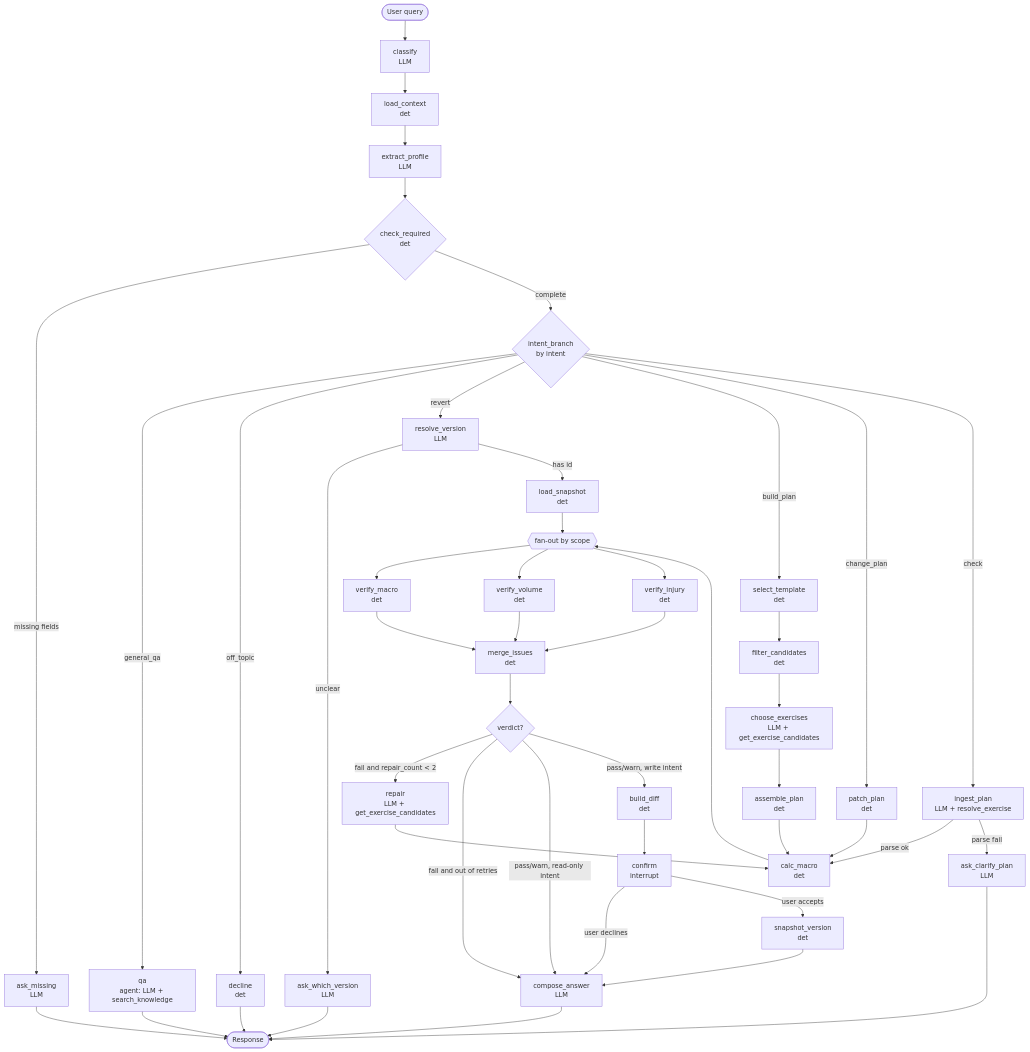
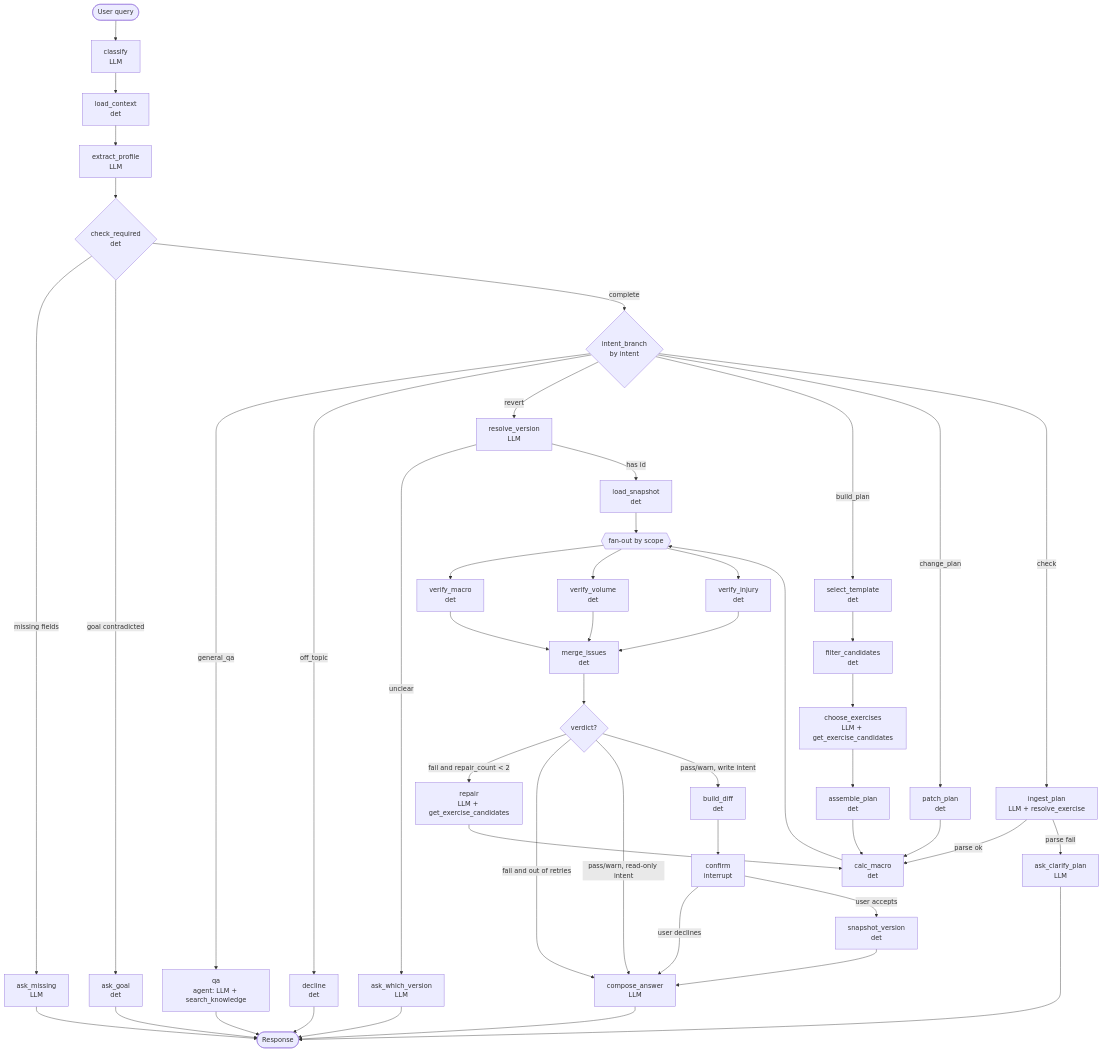
Before and after one commit to hoanhoang-agilityio/Assistant-Learning: the first of 7 diagrams in docs/workflow.md, drawn with Mermaid. The commit also changed other lines of this file and 2 other files, not shown here.

Commit message:
docs: document ask_goal and update the root graph diagram

````diff
--- a/docs/workflow.md
+++ b/docs/workflow.md
@@ -221,58 +221,60 @@
 ```mermaid
 flowchart TD
     START([User query]) --> CLS["classify<br/>LLM"]
 
     CLS --> LOADC["load_context<br/>det"]
     LOADC --> EXTP["extract_profile<br/>LLM"]
     EXTP --> CHKR{"check_required<br/>det"}
     CHKR -->|missing fields| ASKM["ask_missing<br/>LLM"]
     ASKM --> OUT
+    CHKR -->|goal contradicted| ASKG["ask_goal<br/>det"]
+    ASKG --> OUT
     CHKR -->|complete| BRANCH{"intent_branch<br/>by intent"}
 
     BRANCH -->|general_qa| QA["qa<br/>agent: LLM + search_knowledge"]
     BRANCH -->|off_topic| DECL["decline<br/>det"]
     BRANCH -->|revert| RESV["resolve_version<br/>LLM"]
     BRANCH -->|build_plan| SELT["select_template<br/>det"]
     BRANCH -->|change_plan| PATCH["patch_plan<br/>det"]
     BRANCH -->|check| ING["ingest_plan<br/>LLM + resolve_exercise"]
 
     QA --> OUT
     DECL --> OUT
 
     RESV -->|unclear| ASKV["ask_which_version<br/>LLM"]
     RESV -->|has id| LOADS["load_snapshot<br/>det"]
     ASKV --> OUT
     LOADS --> GATE
 
     SELT --> FILT["filter_candidates<br/>det"]
     FILT --> CHOOSE["choose_exercises<br/>LLM + get_exercise_candidates"]
     CHOOSE --> ASM["assemble_plan<br/>det"]
 
     ASM --> CALC
     PATCH --> CALC
     ING -->|parse ok| CALC["calc_macro<br/>det"]
     ING -->|parse fail| ASKP["ask_clarify_plan<br/>LLM"]
     ASKP --> OUT
 
     CALC --> GATE{{"fan-out by scope"}}
     GATE --> VM["verify_macro<br/>det"]
     GATE --> VV["verify_volume<br/>det"]
     GATE --> VI["verify_injury<br/>det"]
 
     VM --> MRG["merge_issues<br/>det"]
     VV --> MRG
     VI --> MRG
 
     MRG --> VERD{"verdict?"}
     VERD -->|fail and repair_count < 2| REP["repair<br/>LLM + get_exercise_candidates"]
     REP --> CALC
     VERD -->|fail and out of retries| CMP
     VERD -->|pass/warn, read-only intent| CMP
     VERD -->|pass/warn, write intent| DIFF["build_diff<br/>det"]
 
     DIFF --> CONF["confirm<br/>interrupt"]
     CONF -->|user declines| CMP
     CONF -->|user accepts| SNAP["snapshot_version<br/>det"]
     SNAP --> CMP["compose_answer<br/>LLM"]
     CMP --> OUT([Response])
 ```
````
